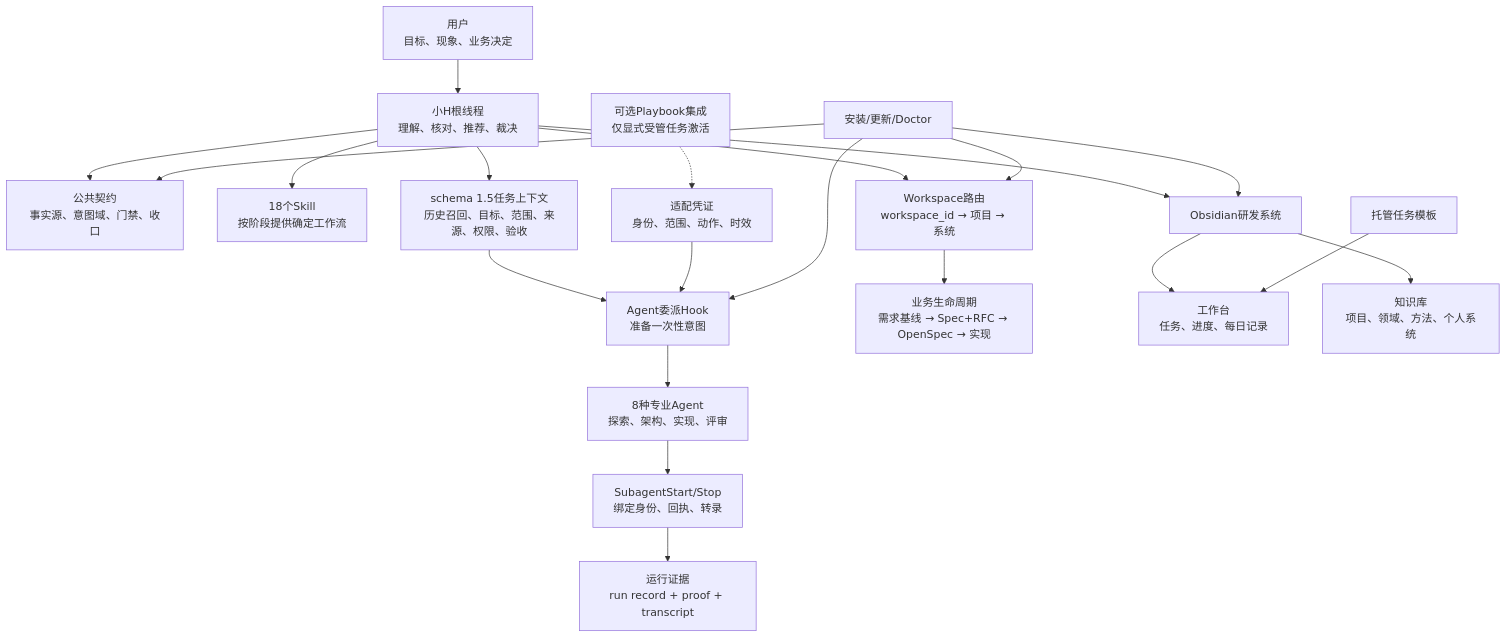
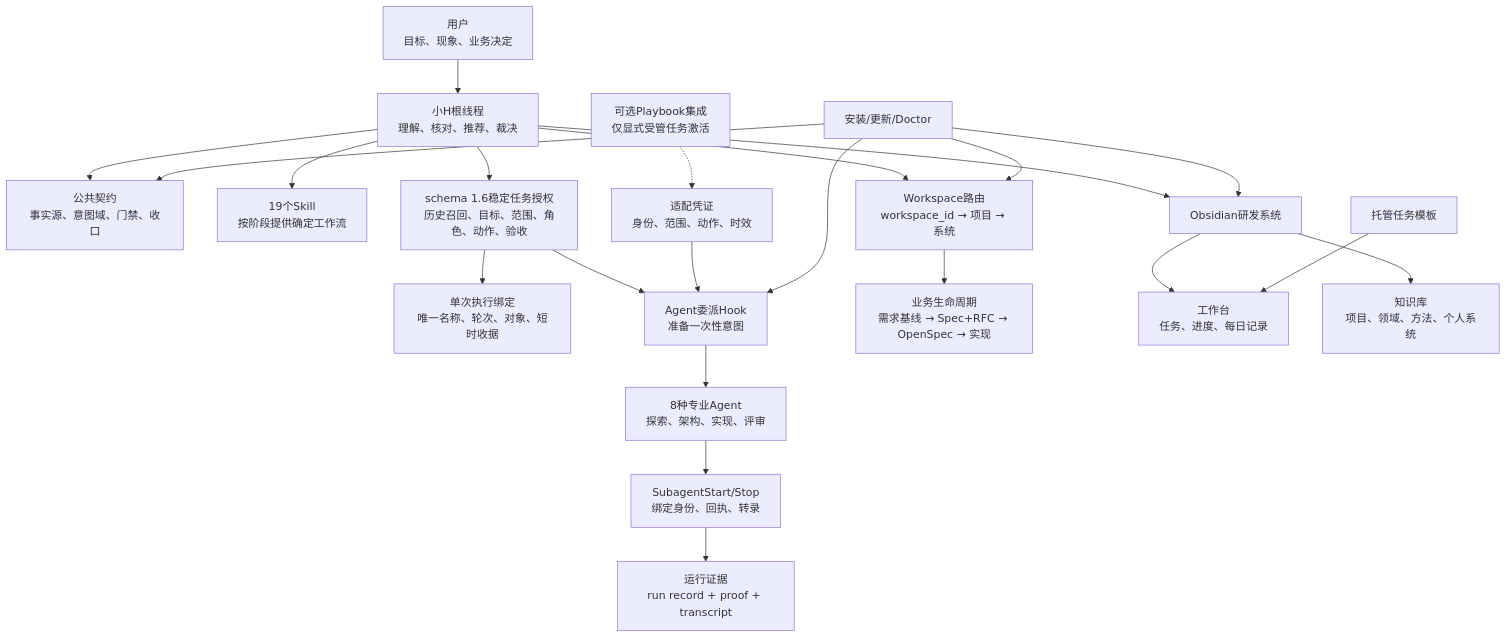
The first of 4 diagrams in docs/implementation-design.md (winnnnnnk/littleH), drawn with Mermaid before and after one commit. The commit also changed other lines of this file and 24 other files, not shown here.

````diff
--- a/docs/implementation-design.md
+++ b/docs/implementation-design.md
@@ -58,28 +58,29 @@
 ```mermaid
 flowchart TB
     U["用户<br/>目标、现象、业务决定"] --> R["小H根线程<br/>理解、核对、推荐、裁决"]
 
     R --> C["公共契约<br/>事实源、意图域、门禁、收口"]
-    R --> S["18个Skill<br/>按阶段提供确定工作流"]
-    R --> T["schema 1.5任务上下文<br/>历史召回、目标、范围、来源、权限、验收"]
+    R --> S["19个Skill<br/>按阶段提供确定工作流"]
+    R --> T["schema 1.6稳定任务授权<br/>历史召回、目标、范围、角色、动作、验收"]
+    T --> B["单次执行绑定<br/>唯一名称、轮次、对象、短时收据"]
 
     T --> H1["Agent委派Hook<br/>准备一次性意图"]
     PB["可选Playbook集成<br/>仅显式受管任务激活"] -.-> PA["适配凭证<br/>身份、范围、动作、时效"]
     PA --> H1
     H1 --> A["8种专业Agent<br/>探索、架构、实现、评审"]
     A --> H2["SubagentStart/Stop<br/>绑定身份、回执、转录"]
     H2 --> E["运行证据<br/>run record + proof + transcript"]
 
     R --> W["Workspace路由<br/>workspace_id → 项目 → 系统"]
     W --> P["业务生命周期<br/>需求基线 → Spec+RFC → OpenSpec → 实现"]
 
     R --> O["Obsidian研发系统"]
     O --> O1["工作台<br/>任务、进度、每日记录"]
     O --> O2["知识库<br/>项目、领域、方法、个人系统"]
 
     I["安装/更新/Doctor"] --> C
     I --> H1
     I --> W
     I --> O
     M["托管任务模板"] --> O1
 ```
````
